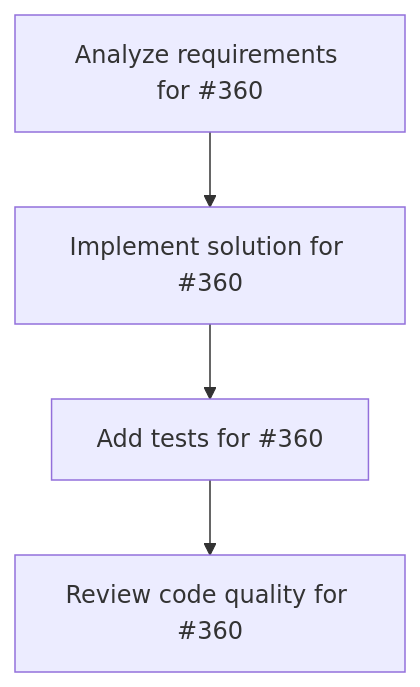
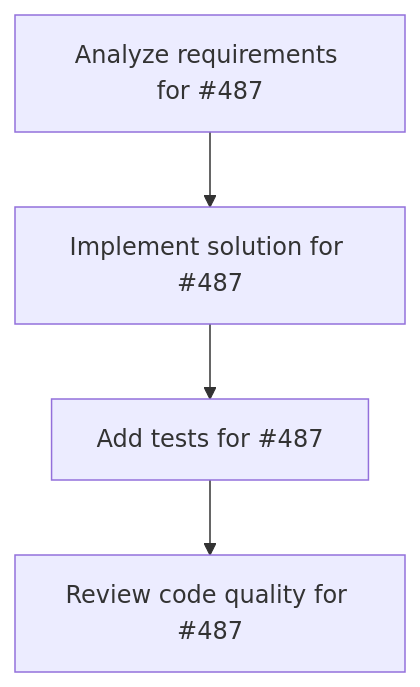
Before and after one commit to ShunsukeHayashi/miyabi-code: the diagram in Plans.md, drawn with Mermaid. The commit also changed other lines of this file and 7 other files, not shown here.

````diff
--- a/Plans.md
+++ b/Plans.md
@@ -159,10 +248,10 @@
 ```mermaid
 graph TD
-    task_360_analysis["Analyze requirements for #360"]
-    task_360_impl["Implement solution for #360"]
-    task_360_test["Add tests for #360"]
-    task_360_review["Review code quality for #360"]
-    task_360_analysis --> task_360_impl
-    task_360_impl --> task_360_test
-    task_360_test --> task_360_review
+    task_487_analysis["Analyze requirements for #487"]
+    task_487_impl["Implement solution for #487"]
+    task_487_test["Add tests for #487"]
+    task_487_review["Review code quality for #487"]
+    task_487_analysis --> task_487_impl
+    task_487_impl --> task_487_test
+    task_487_test --> task_487_review
 ```
````
